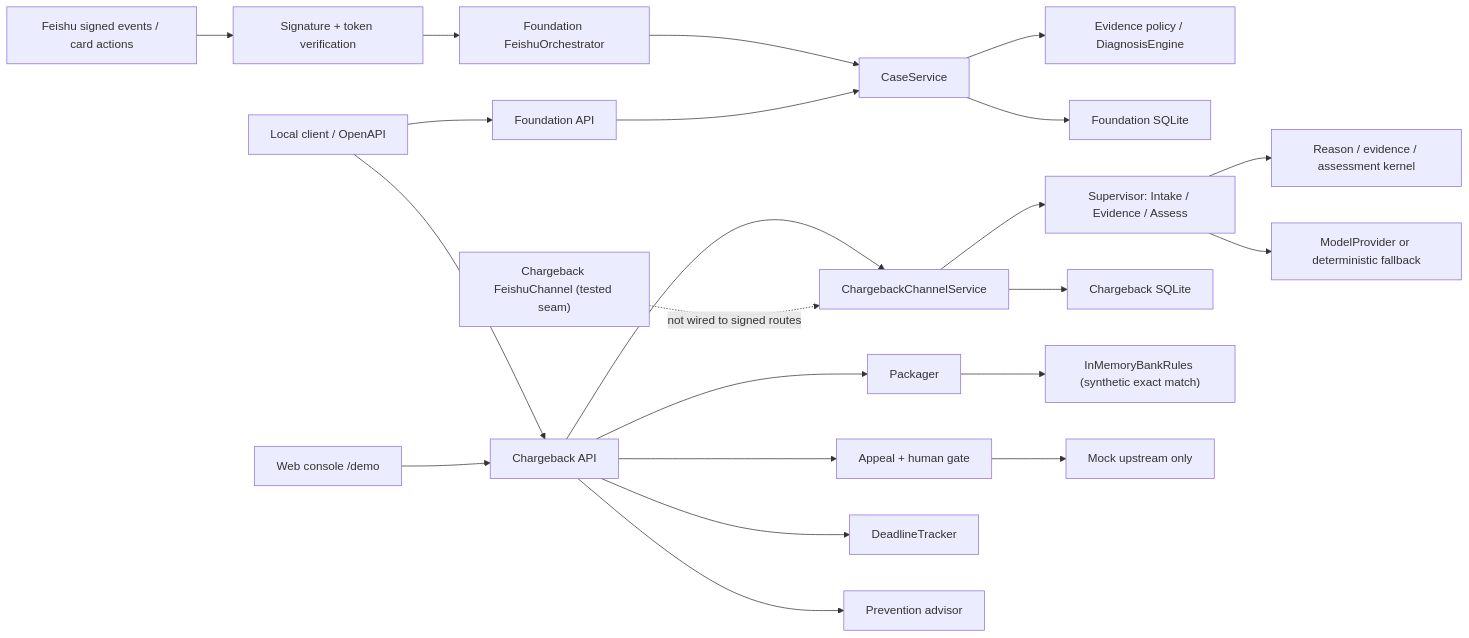
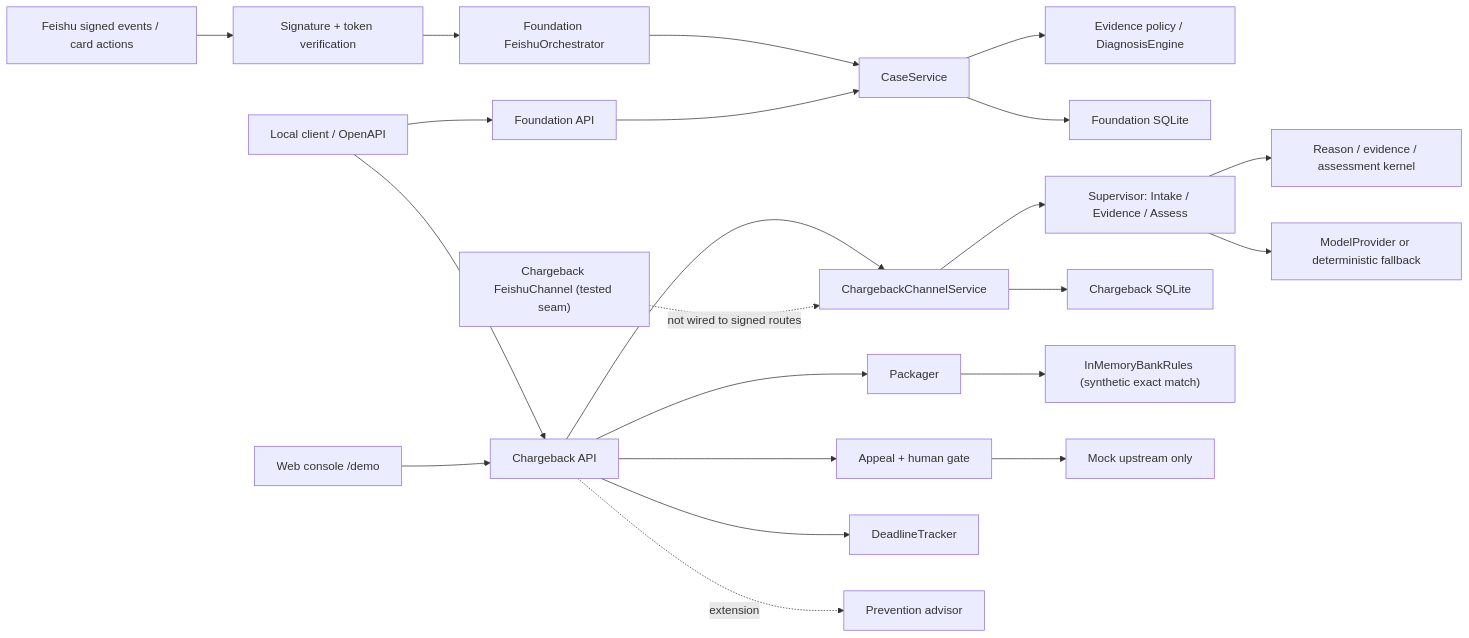
Before and after one commit to jiang4wqy/oceanpilot-evidenceos: the diagram in docs/architecture.md, drawn with Mermaid. The commit also changed other lines of this file and 3 other files, not shown here.

````diff
--- a/docs/architecture.md
+++ b/docs/architecture.md
@@ -20,28 +20,28 @@
 ```mermaid
 flowchart LR
     Client["Local client / OpenAPI"] --> FoundationAPI["Foundation API"]
     Client --> ChargebackAPI["Chargeback API"]
     Demo["Web console /demo"] --> ChargebackAPI
 
     Feishu["Feishu signed events / card actions"] --> Verify["Signature + token verification"]
     Verify --> FeishuOrchestrator["Foundation FeishuOrchestrator"]
     FeishuOrchestrator --> FoundationService["CaseService"]
     FoundationAPI --> FoundationService
     FoundationService --> FoundationDomain["Evidence policy / DiagnosisEngine"]
     FoundationService --> FoundationStore["Foundation SQLite"]
 
     ChargebackAPI --> ChannelService["ChargebackChannelService"]
     ChannelService --> Supervisor["Supervisor: Intake / Evidence / Assess"]
     Supervisor --> ChargebackKernel["Reason / evidence / assessment kernel"]
     ChannelService --> ChargebackStore["Chargeback SQLite"]
     Supervisor --> ModelProvider["ModelProvider or deterministic fallback"]
 
     ChargebackAPI --> Packager["Packager"]
     Packager --> BankRules["InMemoryBankRules (synthetic exact match)"]
     ChargebackAPI --> Appeal["Appeal + human gate"]
     Appeal --> MockUpstream["Mock upstream only"]
     ChargebackAPI --> Deadline["DeadlineTracker"]
-    ChargebackAPI --> Prevention["Prevention advisor"]
+    ChargebackAPI -. extension .-> Prevention["Prevention advisor"]
 
     ChargebackFeishu["Chargeback FeishuChannel (tested seam)"] -. "not wired to signed routes" .-> ChannelService
 ```
````
